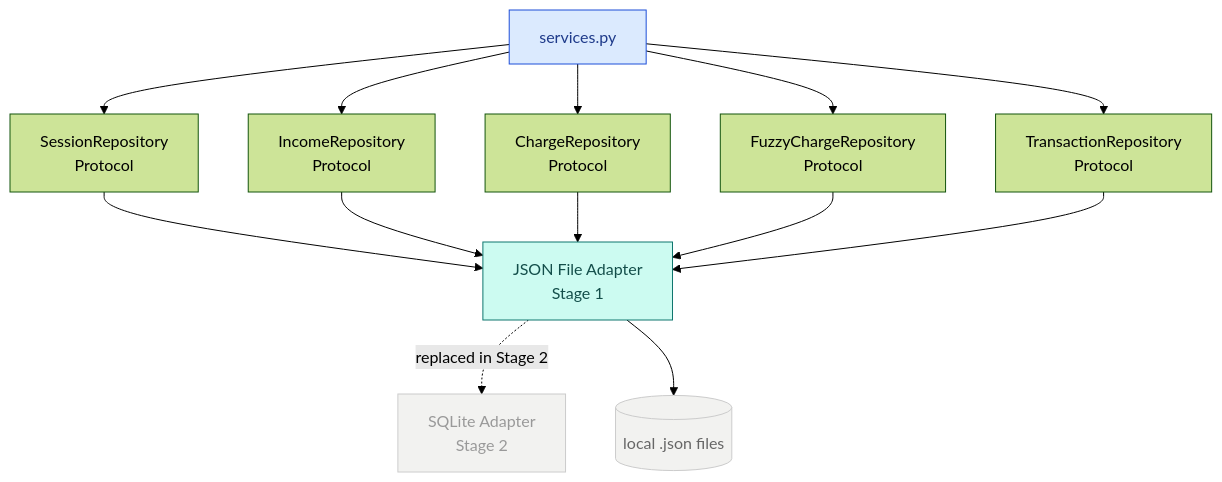
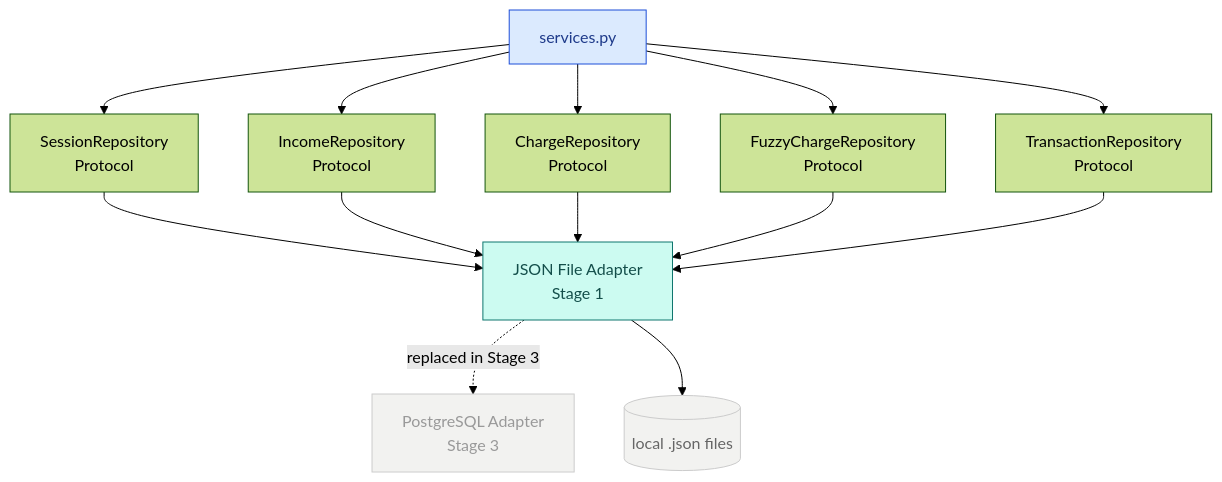
Diagram 11 of 13 in Docs/Stage 1.md (MoaminShikha/student-expense-tracker), drawn with Mermaid (forest theme) before and after one commit. The commit also changed other lines of this file and 6 other files, not shown here.

````diff
--- a/Docs/Stage 1.md
+++ b/Docs/Stage 1.md
@@ -468,19 +468,19 @@
 ```mermaid
 graph TD
     SVC[services.py]
 
     SVC --> SR[SessionRepository\nProtocol]
     SVC --> IR[IncomeRepository\nProtocol]
     SVC --> CR[ChargeRepository\nProtocol]
     SVC --> FR[FuzzyChargeRepository\nProtocol]
     SVC --> TR[TransactionRepository\nProtocol]
 
     SR & IR & CR & FR & TR --> A1[JSON File Adapter\nStage 1]
-    A1 -.->|replaced in Stage 2| A2[SQLite Adapter\nStage 2]
+    A1 -.->|replaced in Stage 3| A2[PostgreSQL Adapter\nStage 3]
     A1 --> FS[(local .json files)]
 
     style SVC fill:#dbeafe,stroke:#1d4ed8,color:#1e3a8a
     style A1 fill:#ccfbf1,stroke:#0f766e,color:#134e4a
     style A2 fill:#f2f2f0,stroke:#ccc,color:#999
     style FS fill:#f2f2f0,stroke:#ccc,color:#666
 ```
````
